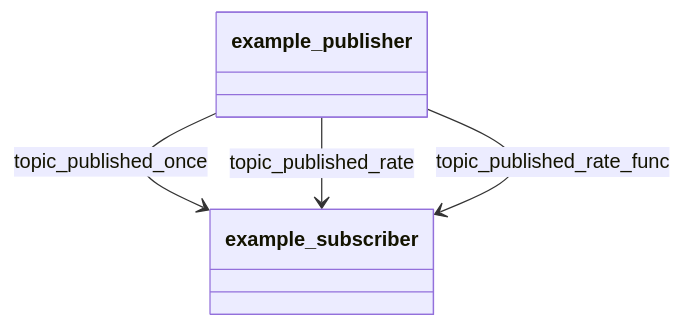
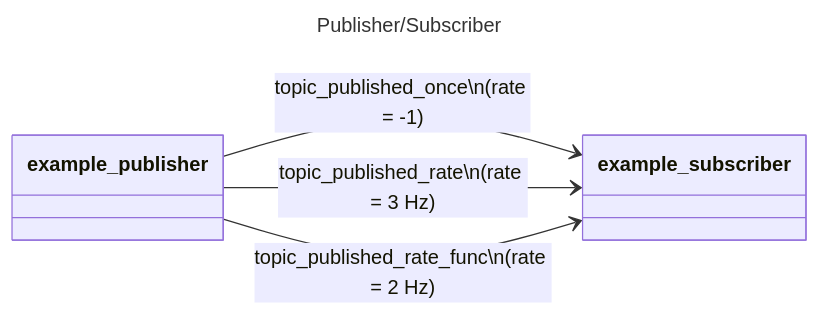
Before and after one commit to PYBrulin/axone: the second of 5 diagrams in README.md, drawn with Mermaid. The commit also changed other lines of this file, not shown here.

Commit message:
Add network configuration file support and updatecommunication diagrams

````diff
--- a/README.md
+++ b/README.md
@@ -58,9 +90,13 @@
 ```mermaid
+---
+title: Publisher/Subscriber
+---
 classDiagram
+    direction LR
     class example_publisher
     class example_subscriber
 
-    example_publisher --> example_subscriber : topic_published_once
-    example_publisher --> example_subscriber : topic_published_rate
-    example_publisher --> example_subscriber : topic_published_rate_func
+    example_publisher --> example_subscriber : topic_published_once\n(rate = -1)
+    example_publisher --> example_subscriber : topic_published_rate\n(rate = 3 Hz)
+    example_publisher --> example_subscriber : topic_published_rate_func\n(rate = 2 Hz)
 ```
````
